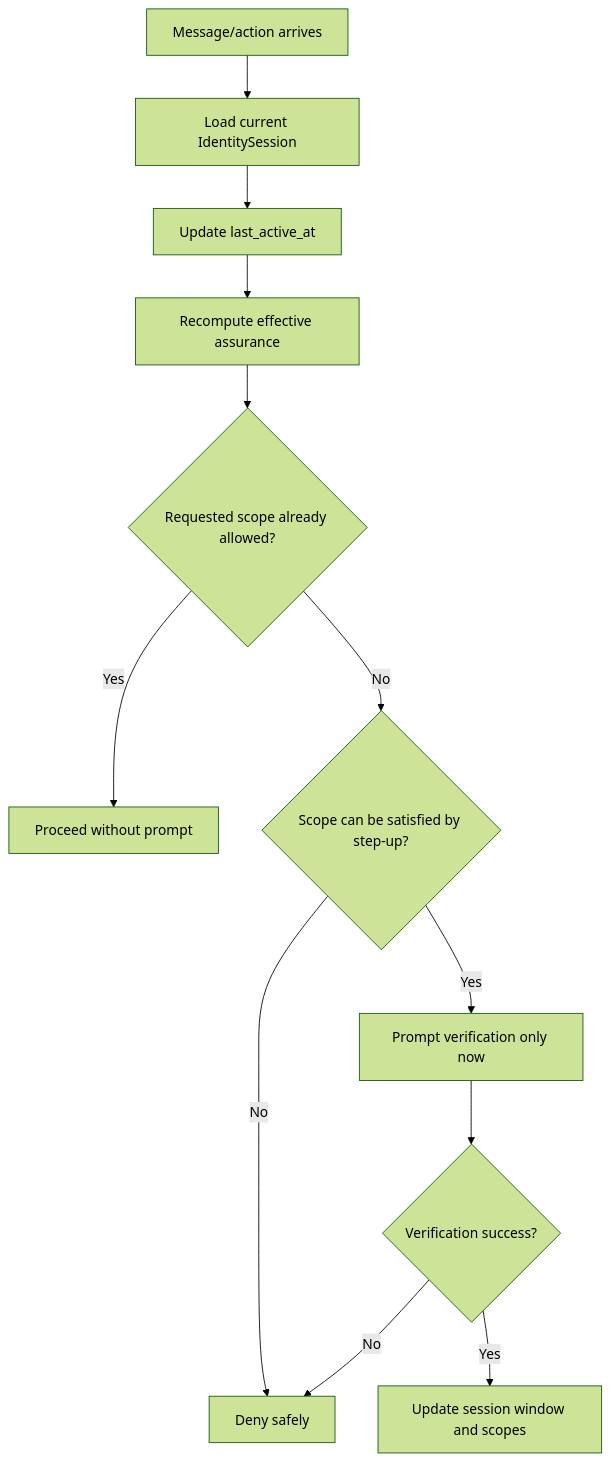
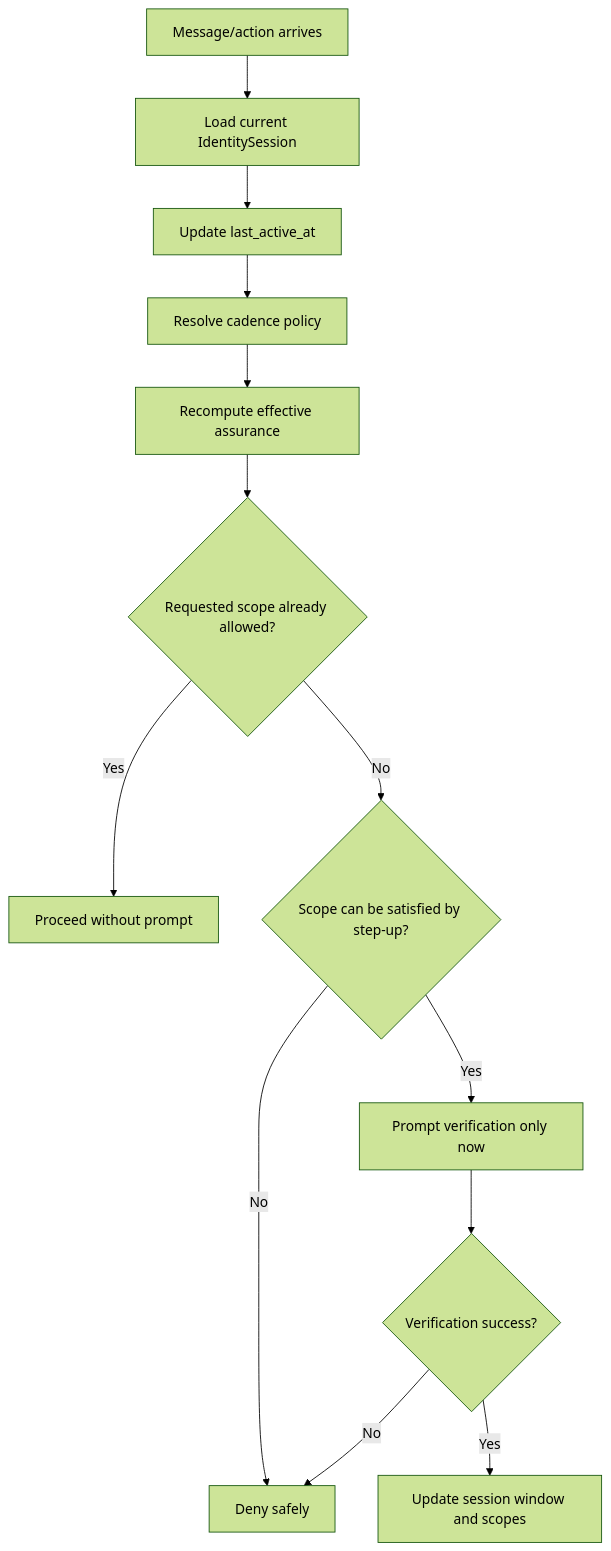
The diagram in docs/plans/IDENTITY_GATE_VERIFICATION_CADENCE_ADDENDUM.md (AegisAgentAscalon/Aegis-Core), drawn with Mermaid (forest theme) before and after one commit. The commit also changed other lines of this file, not shown here.

Commit message:
docs: make Identity Gate verification windows customizable

````diff
--- a/docs/plans/IDENTITY_GATE_VERIFICATION_CADENCE_ADDENDUM.md
+++ b/docs/plans/IDENTITY_GATE_VERIFICATION_CADENCE_ADDENDUM.md
@@ -90,14 +142,15 @@
 ```mermaid
 flowchart TD
     A[Message/action arrives] --> B[Load current IdentitySession]
     B --> C[Update last_active_at]
-    C --> D[Recompute effective assurance]
-    D --> E{Requested scope already allowed?}
-    E -- Yes --> F[Proceed without prompt]
-    E -- No --> G{Scope can be satisfied by step-up?}
-    G -- No --> H[Deny safely]
-    G -- Yes --> I[Prompt verification only now]
-    I --> J{Verification success?}
-    J -- Yes --> K[Update session window and scopes]
-    J -- No --> H
+    C --> D[Resolve cadence policy]
+    D --> E[Recompute effective assurance]
+    E --> F{Requested scope already allowed?}
+    F -- Yes --> G[Proceed without prompt]
+    F -- No --> H{Scope can be satisfied by step-up?}
+    H -- No --> I[Deny safely]
+    H -- Yes --> J[Prompt verification only now]
+    J --> K{Verification success?}
+    K -- Yes --> L[Update session window and scopes]
+    K -- No --> I
 ```
````
